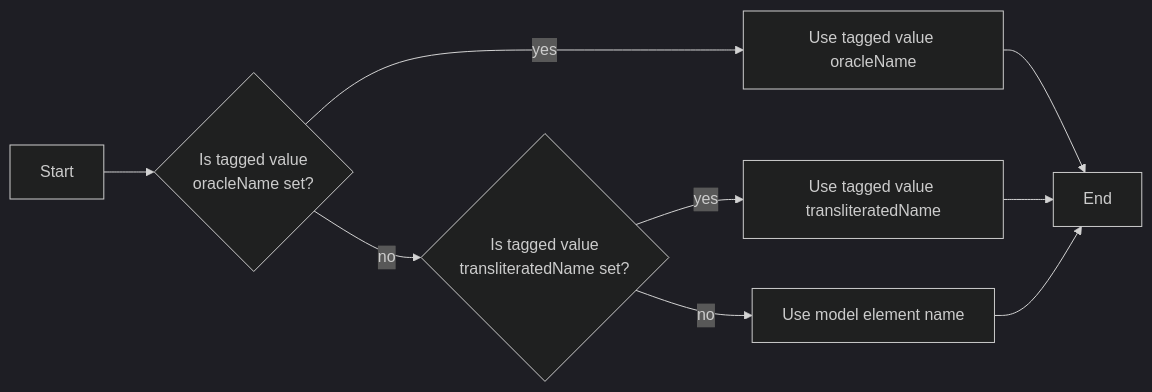
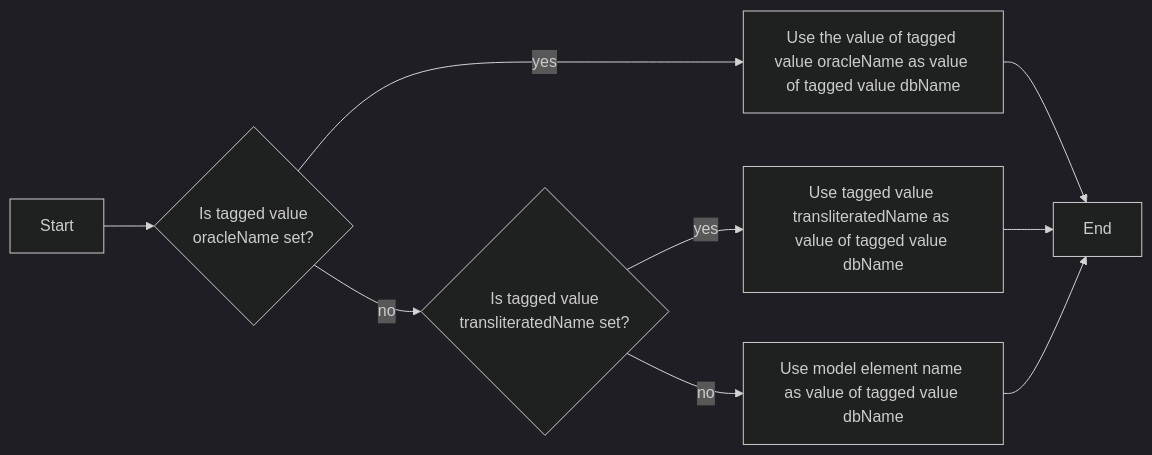
One commit to SDFIdk/ea-modelling-tools-javascript changed the first of 3 diagrams in src/README.md. Above: the diagram before and after it, drawn with Mermaid (dark theme). The commit also changed other lines of this file and 20 other files, not shown here.

````diff
--- a/src/README.md
+++ b/src/README.md
@@ -152,16 +149,16 @@
 ```mermaid
 flowchart LR
     %% decisions
     oracleNameSet{"Is tagged value<br />oracleName set?"}
     transliteratedNameSet{Is tagged value<br />transliteratedName set?}
     %% outcomes
-    useOracleName[Use tagged value oracleName]
-    usetransliteratedName[Use tagged value transliteratedName]
-    useModelElementName[Use model element name]
+    useOracleName[Use the value of tagged value oracleName as value of tagged value dbName]
+    usetransliteratedName[Use tagged value transliteratedName as value of tagged value dbName]
+    useModelElementName[Use model element name as value of tagged value dbName]
     %% arrows
     Start --> oracleNameSet
     oracleNameSet --> | yes | useOracleName --> End
     oracleNameSet --> | no | transliteratedNameSet
     transliteratedNameSet --> | yes | usetransliteratedName --> End
     transliteratedNameSet --> | no | useModelElementName --> End
  ```
````
